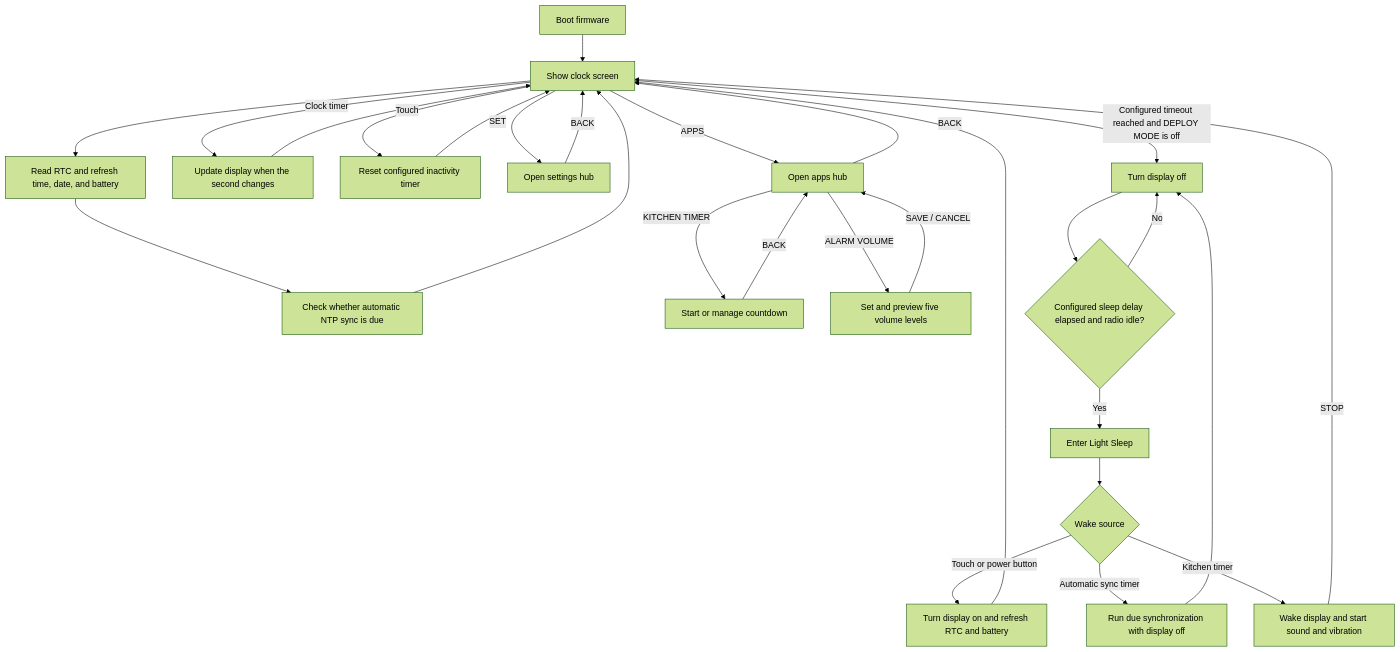
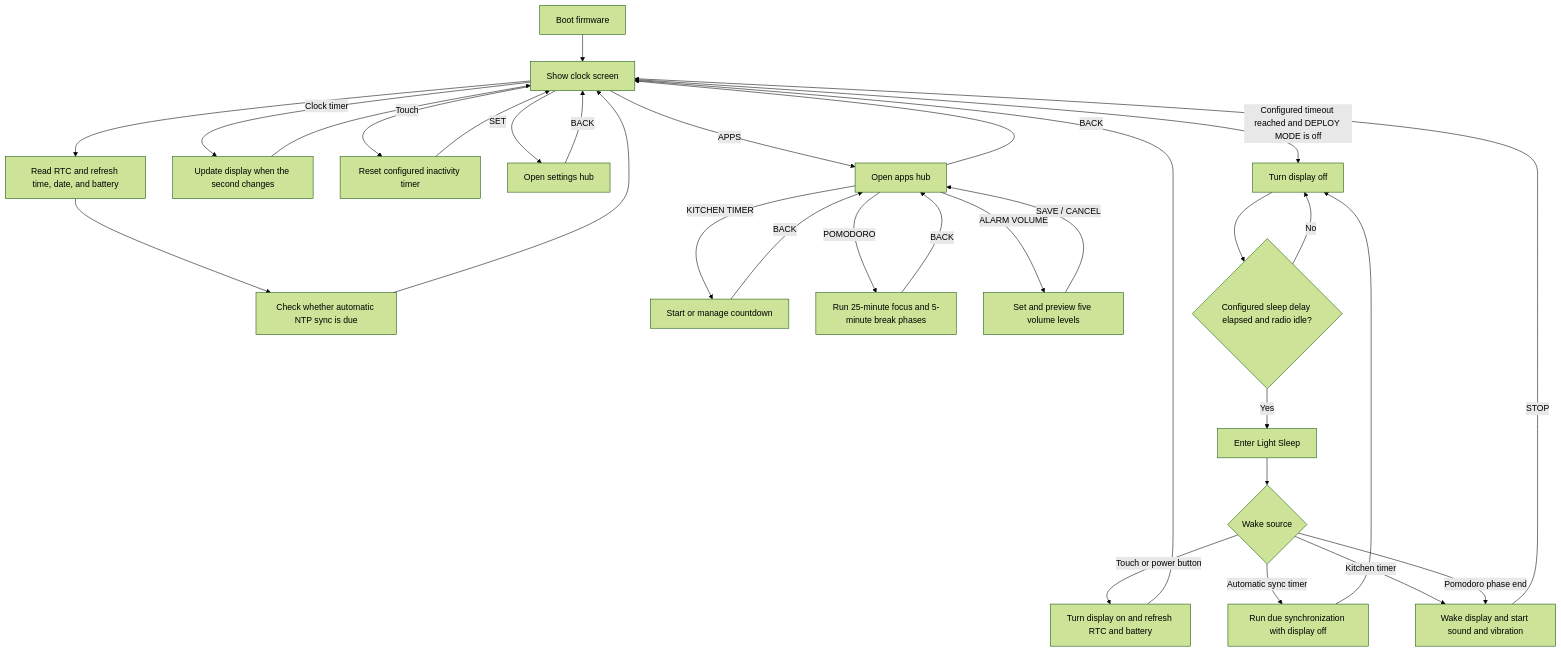
Before and after one commit to keach/LilyGoLib-PlatformIO: the first of 6 diagrams in README.md, drawn with Mermaid (forest theme). The commit also changed other lines of this file and 12 other files, not shown here.

````diff
--- a/README.md
+++ b/README.md
@@ -188,32 +190,35 @@
 ```mermaid
 flowchart TD
     BOOT["Boot firmware"] --> CLOCK["Show clock screen"]
     CLOCK --> REFRESH["Read RTC and refresh time, date, and battery"]
     REFRESH --> DUE["Check whether automatic NTP sync is due"]
     DUE --> CLOCK
 
     CLOCK -- "Clock timer" --> TICK["Update display when the second changes"]
     TICK --> CLOCK
     CLOCK -- "Touch" --> ACTIVE["Reset configured inactivity timer"]
     ACTIVE --> CLOCK
     CLOCK -- "SET" --> HUB["Open settings hub"]
     HUB -- "BACK" --> CLOCK
     CLOCK -- "APPS" --> APPS["Open apps hub"]
     APPS -- "KITCHEN TIMER" --> TIMER["Start or manage countdown"]
+    APPS -- "POMODORO" --> POMO["Run 25-minute focus and 5-minute break phases"]
     APPS -- "ALARM VOLUME" --> AV["Set and preview five volume levels"]
     AV -- "SAVE / CANCEL" --> APPS
     TIMER -- "BACK" --> APPS
+    POMO -- "BACK" --> APPS
     APPS -- "BACK" --> CLOCK
 
     CLOCK -- "Configured timeout reached and DEPLOY MODE is off" --> OFF["Turn display off"]
     OFF --> READY{"Configured sleep delay elapsed and radio idle?"}
     READY -- "No" --> OFF
     READY -- "Yes" --> SLEEP["Enter Light Sleep"]
     SLEEP --> WAKE{"Wake source"}
     WAKE -- "Touch or power button" --> RESTORE["Turn display on and refresh RTC and battery"]
     RESTORE --> CLOCK
     WAKE -- "Automatic sync timer" --> BG["Run due synchronization with display off"]
     BG --> OFF
     WAKE -- "Kitchen timer" --> ALERT["Wake display and start sound and vibration"]
+    WAKE -- "Pomodoro phase end" --> ALERT
     ALERT -- "STOP" --> CLOCK
 ```
````
